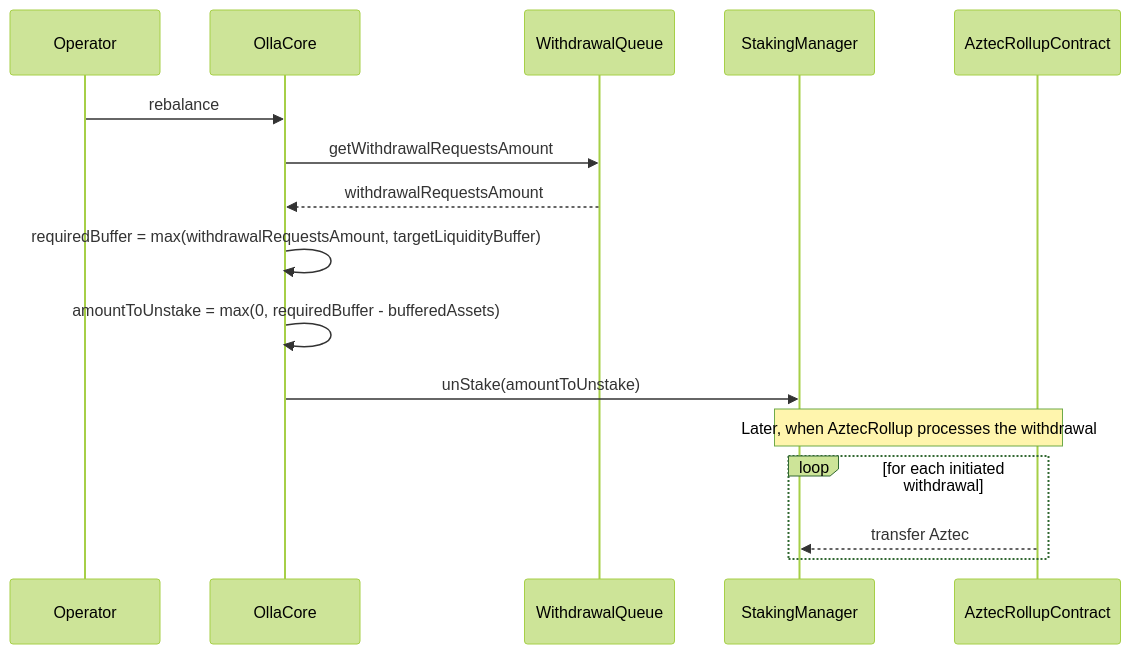
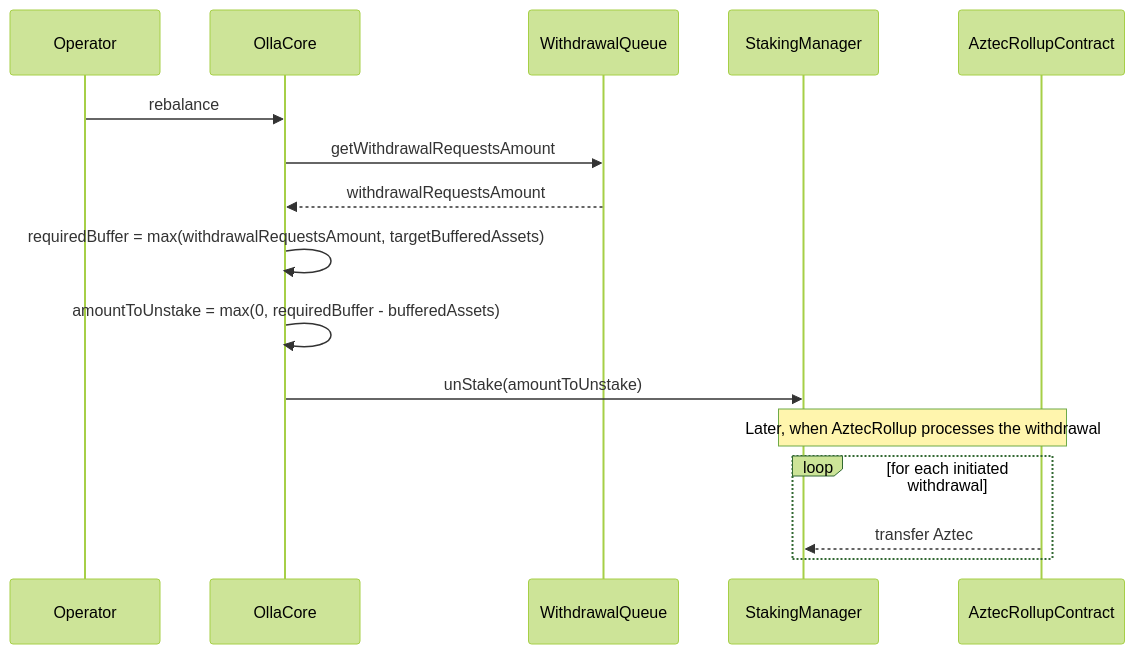
One commit to ollafinance/core changed the seventh of 7 diagrams in research/technical/architecture/flows.md. Above: the diagram before and after it, drawn with Mermaid (forest theme). The commit also changed other lines of this file and 5 other files, not shown here.

Commit message:
targetLiquidityBuffer > targetBufferedAssets

````diff
--- a/research/technical/architecture/flows.md
+++ b/research/technical/architecture/flows.md
@@ -202,19 +202,19 @@
 ```mermaid
 sequenceDiagram
     participant op as Operator
     participant C as OllaCore
     participant WQ as WithdrawalQueue
     participant stkMan as StakingManager
     participant AR as AztecRollupContract
 
     op->>C: rebalance
     C->>WQ: getWithdrawalRequestsAmount
     WQ-->>C: withdrawalRequestsAmount
-    C->>C: requiredBuffer = max(withdrawalRequestsAmount, targetLiquidityBuffer)
+    C->>C: requiredBuffer = max(withdrawalRequestsAmount, targetBufferedAssets)
     C->>C: amountToUnstake = max(0, requiredBuffer - bufferedAssets)
     C->>stkMan: unStake(amountToUnstake)
     Note over stkMan,AR: Later, when AztecRollup processes the withdrawal
     loop for each initiated withdrawal
         AR-->>stkMan: transfer Aztec
     end
 ```
````
